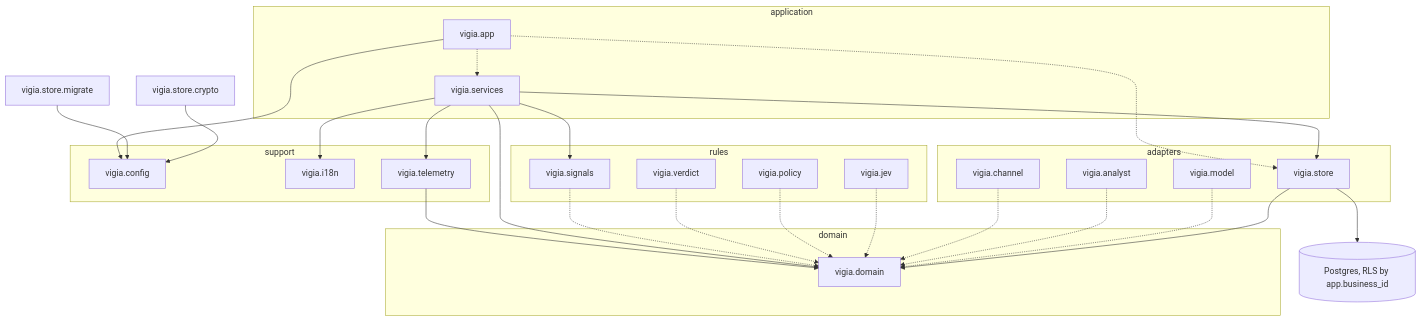
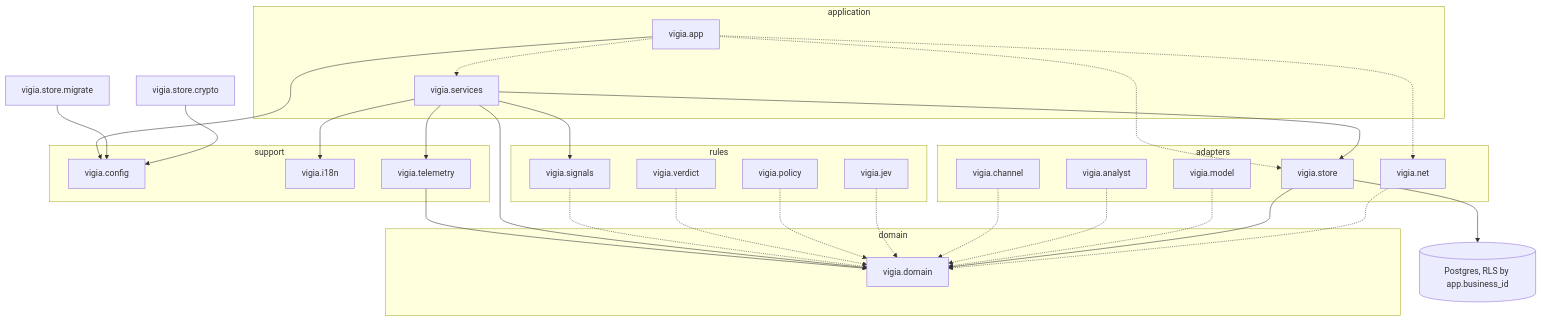
Before and after one commit to Danielmc09/vigia: the first of 2 diagrams in docs/ARCHITECTURE.md, drawn with Mermaid. The commit also changed other lines of this file and 19 other files, not shown here.

````diff
--- a/docs/ARCHITECTURE.md
+++ b/docs/ARCHITECTURE.md
@@ -12,47 +12,50 @@
 ```mermaid
 graph TD
   subgraph application
     vigia.app
     vigia.services
   end
   subgraph rules
     vigia.signals
     vigia.verdict
     vigia.policy
     vigia.jev
   end
   subgraph adapters
     vigia.channel
     vigia.analyst
     vigia.model
     vigia.store
+    vigia.net
   end
   subgraph domain
     vigia.domain
   end
   subgraph support
     vigia.config
     vigia.i18n
     vigia.telemetry
   end
   vigia.app --> vigia.config
   vigia.services --> vigia.telemetry
   vigia.telemetry --> vigia.domain
   vigia.store.migrate --> vigia.config
   vigia.store.crypto --> vigia.config
   vigia.app -.-> vigia.store
   vigia.app -.-> vigia.services
   vigia.services --> vigia.store
   vigia.services --> vigia.signals
   vigia.services --> vigia.domain
   vigia.services --> vigia.i18n
   vigia.signals -.-> vigia.domain
   vigia.verdict -.-> vigia.domain
   vigia.policy -.-> vigia.domain
   vigia.jev -.-> vigia.domain
   vigia.channel -.-> vigia.domain
   vigia.analyst -.-> vigia.domain
   vigia.model -.-> vigia.domain
   vigia.store --> vigia.domain
+  vigia.net -.-> vigia.domain
+  vigia.app -.-> vigia.net
   vigia.store --> PG[(Postgres, RLS by app.business_id)]
 ```
````
